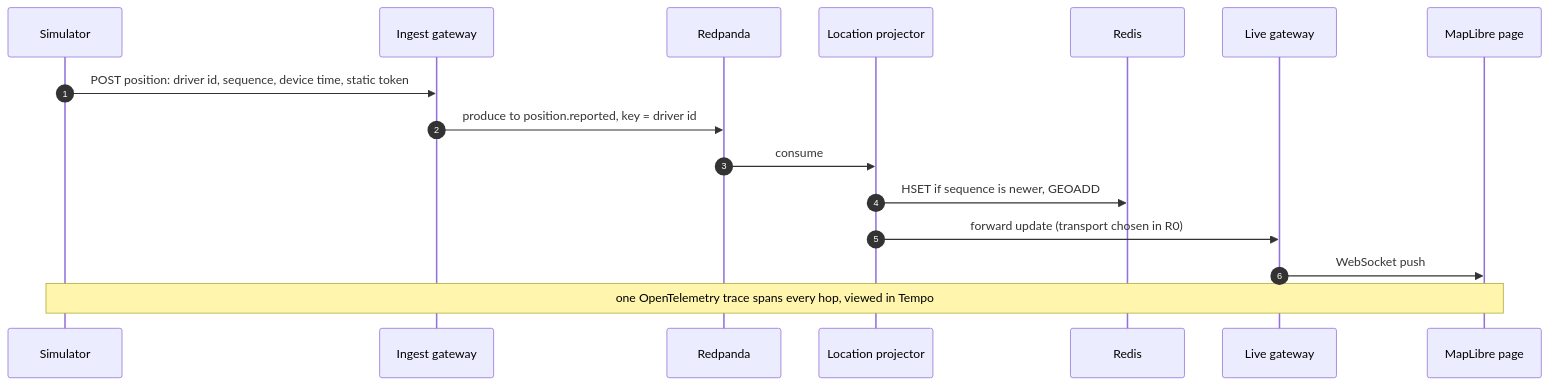
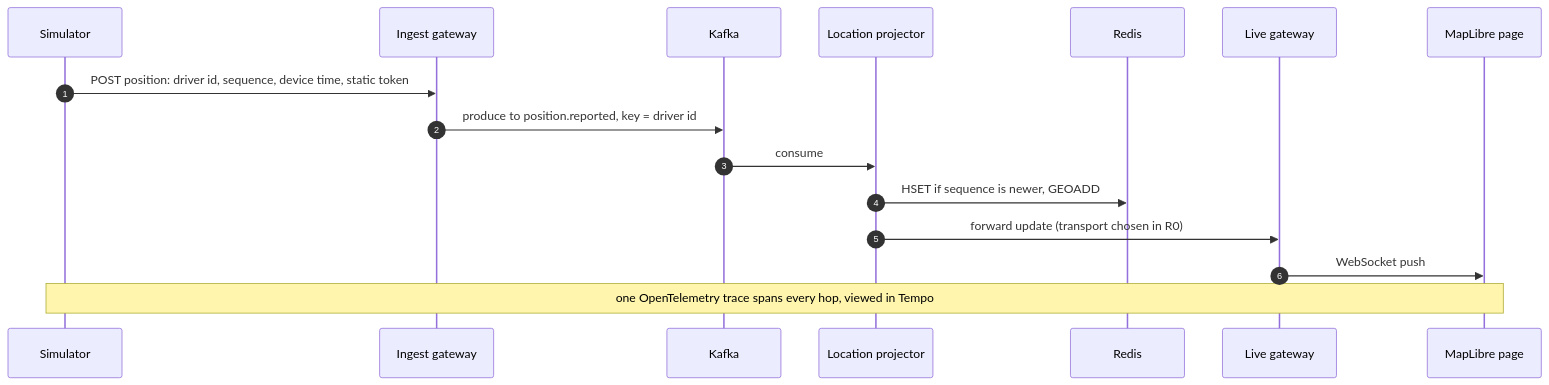
One commit to Abdelwahab313/flotilla-stream changed the second of 5 diagrams in README.md. Above: the diagram before and after it, drawn with Mermaid. The commit also changed other lines of this file and 29 other files, not shown here.

````diff
--- a/README.md
+++ b/README.md
@@ -134,18 +156,18 @@
 ```mermaid
 sequenceDiagram
   autonumber
   participant S as Simulator
   participant I as Ingest gateway
-  participant L as Redpanda
+  participant L as Kafka
   participant P as Location projector
   participant R as Redis
   participant G as Live gateway
   participant M as MapLibre page
   S->>I: POST position: driver id, sequence, device time, static token
   I->>L: produce to position.reported, key = driver id
   L->>P: consume
   P->>R: HSET if sequence is newer, GEOADD
   P->>G: forward update (transport chosen in R0)
   G->>M: WebSocket push
   Note over S,M: one OpenTelemetry trace spans every hop, viewed in Tempo
 ```
````
